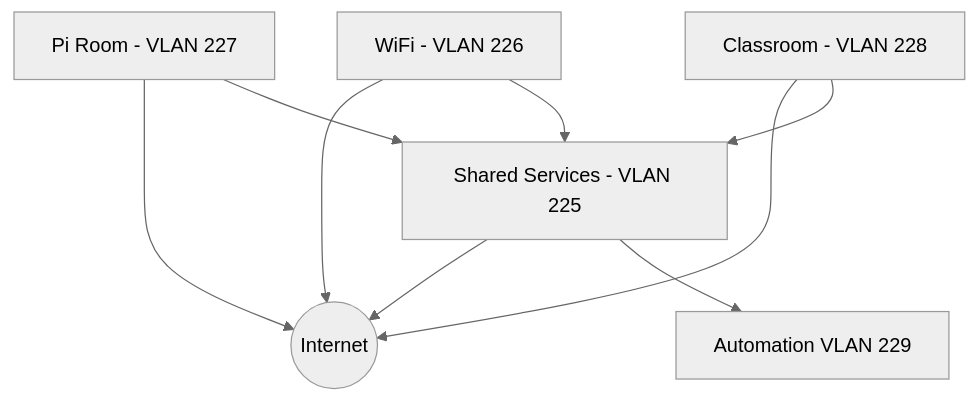
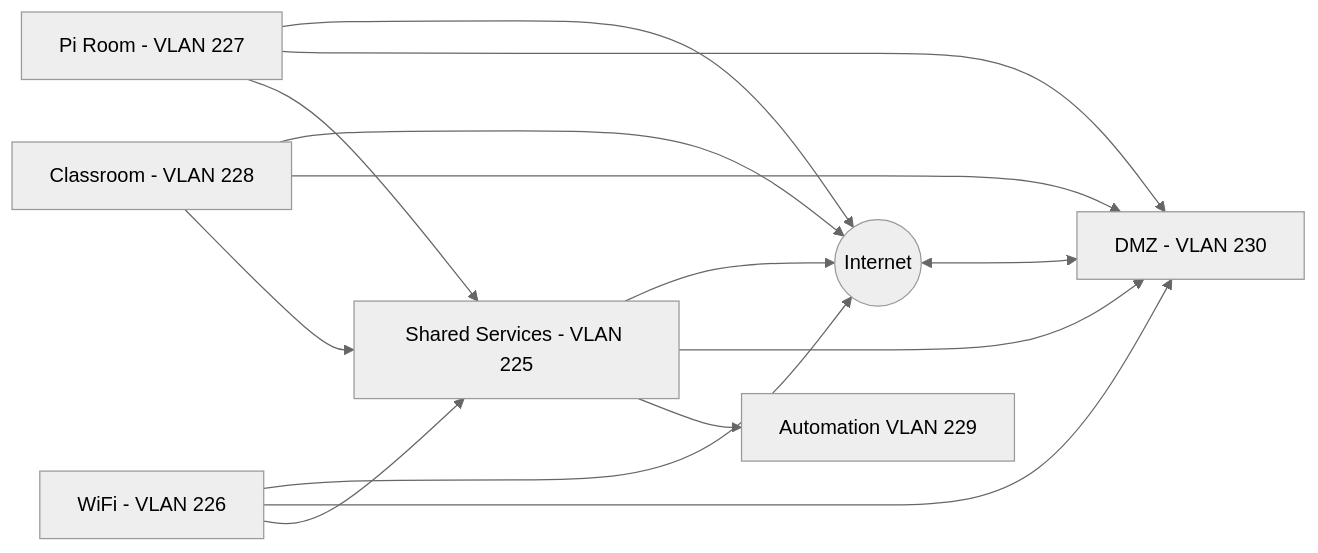
One commit to leigh-hackspace/HackspaceWiki changed the second of 2 diagrams in docs/infrastructure/network_layout.md. Above: the diagram before and after it, drawn with Mermaid (neutral theme). The commit also changed other lines of this file, not shown here.

Commit message:
Reorder network diagram page

````diff
--- a/docs/infrastructure/network_layout.md
+++ b/docs/infrastructure/network_layout.md
@@ -82,18 +84,23 @@
 ```mermaid
-graph
+graph LR
     INTERNET((Internet))
     SHARED[Shared Services - VLAN 225]
     WiFi[WiFi - VLAN 226]
     PIROOM[Pi Room - VLAN 227]
     CLASSROOM[Classroom - VLAN 228]
     AUTOMATION[Automation VLAN 229]
     SHARED --> INTERNET
     PIROOM --> INTERNET
     CLASSROOM --> INTERNET
     WiFi --> INTERNET
+    INTERNET <--> DMZ[DMZ - VLAN 230]
+    SHARED --> DMZ
+    PIROOM --> DMZ
+    CLASSROOM --> DMZ
+    WiFi --> DMZ
     
     WiFi --> SHARED
     PIROOM --> SHARED
     CLASSROOM --> SHARED
     SHARED --> AUTOMATION
 ```
````
